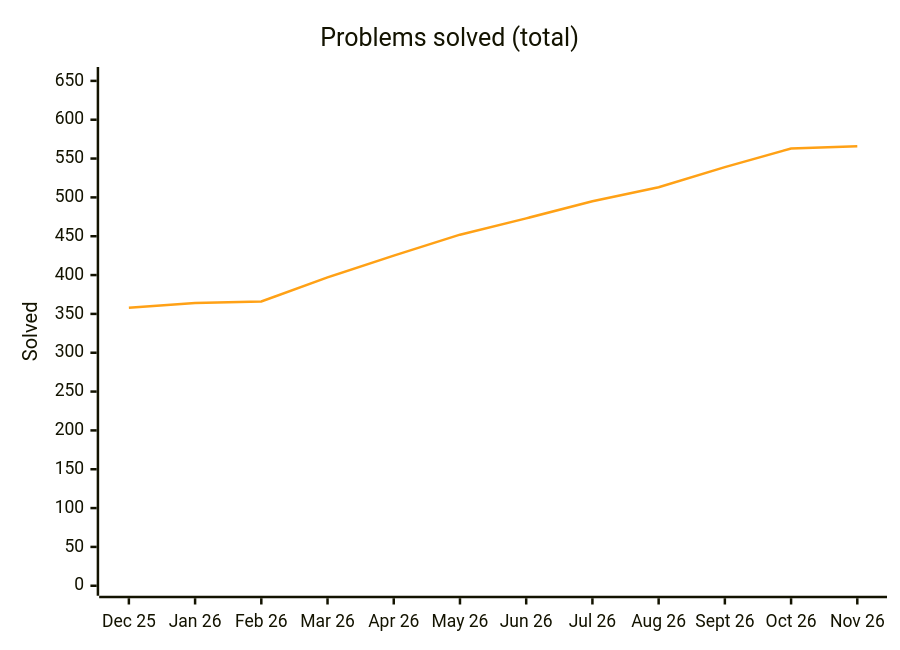
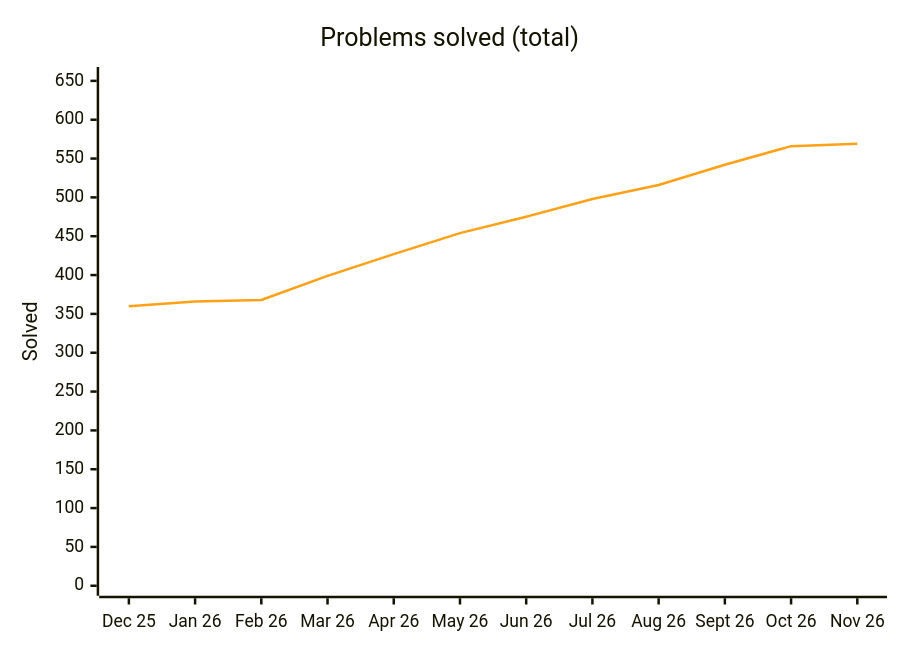
One commit to Ved-u/Java-DSA changed the diagram in README.md. Above: the diagram before and after it, drawn with Mermaid. The commit also changed other lines of this file and 5 other files, not shown here.

````diff
--- a/README.md
+++ b/README.md
@@ -53,8 +53,8 @@
 ```mermaid
 %%{init: {"themeVariables": {"xyChart": {"plotColorPalette": "#ffa116"}}}}%%
 xychart-beta
     title "Problems solved (total)"
     x-axis ["Dec 25", "Jan 26", "Feb 26", "Mar 26", "Apr 26", "May 26", "Jun 26", "Jul 26", "Aug 26", "Sept 26", "Oct 26", "Nov 26"]
     y-axis "Solved" 0 --> 655
-    line [358, 364, 366, 397, 425, 452, 473, 495, 513, 539, 563, 566]
+    line [360, 366, 368, 399, 427, 454, 475, 498, 516, 542, 566, 569]
 ```
````
